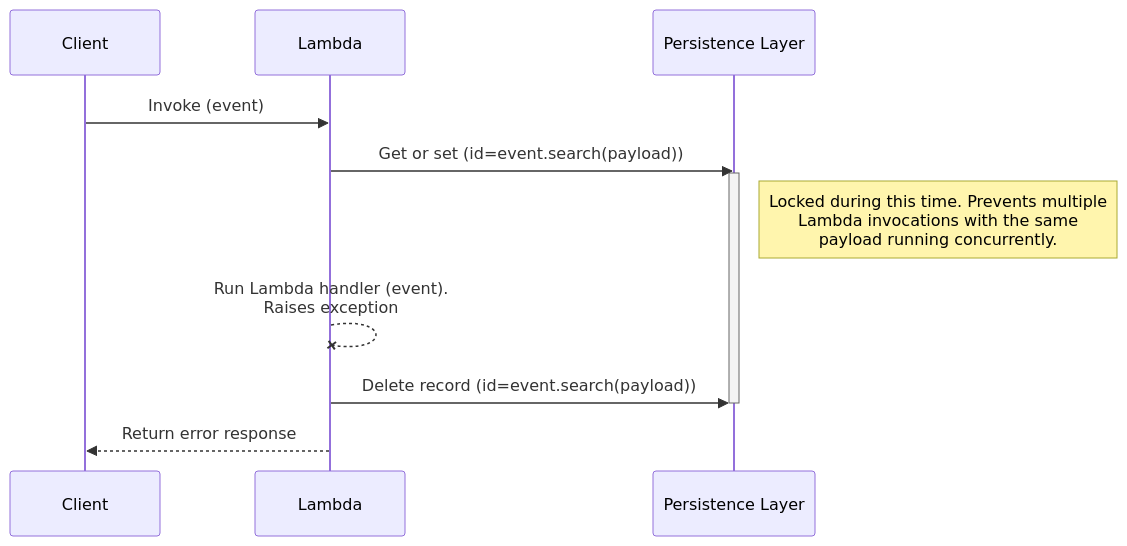
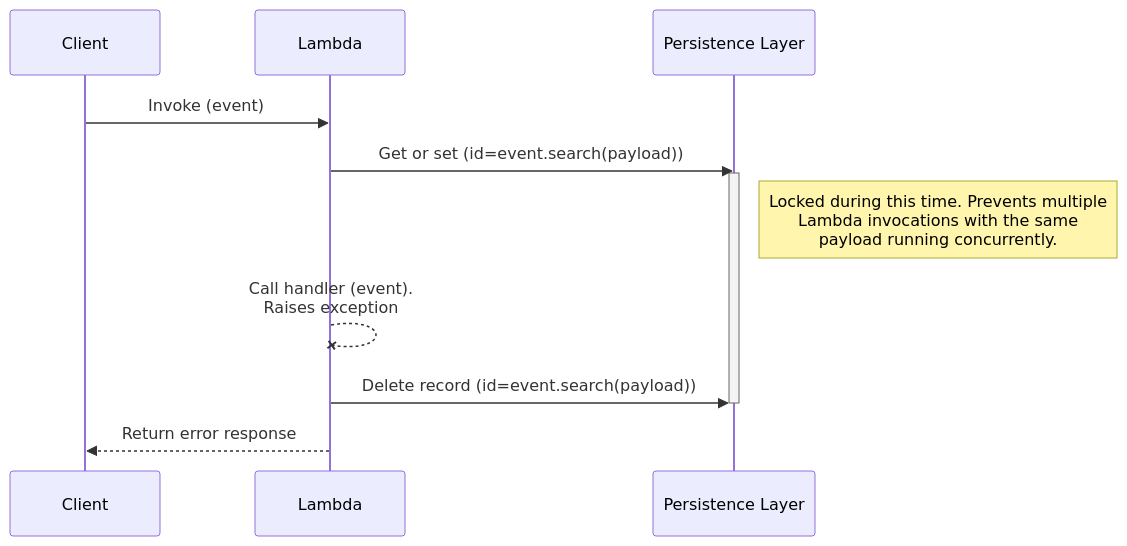
The third of 3 diagrams in docs/utilities/idempotency.md (aws-powertools/powertools-lambda-python), drawn with Mermaid before and after one commit. The commit also changed other lines of this file, not shown here.

Commit message:
docs(idempotency): shorten wording to fit new mermaid SVG

````diff
--- a/docs/utilities/idempotency.md
+++ b/docs/utilities/idempotency.md
@@ -474,14 +475,14 @@
 ```mermaid
 sequenceDiagram
     participant Client
     participant Lambda
     participant Persistence Layer
     Client->>Lambda: Invoke (event)
     Lambda->>Persistence Layer: Get or set (id=event.search(payload))
     activate Persistence Layer
     Note right of Persistence Layer: Locked during this time. Prevents multiple<br/>Lambda invocations with the same<br/>payload running concurrently.
-    Lambda--xLambda: Run Lambda handler (event).<br/>Raises exception
+    Lambda--xLambda: Call handler (event).<br/>Raises exception
     Lambda->>Persistence Layer: Delete record (id=event.search(payload))
     deactivate Persistence Layer
     Lambda-->>Client: Return error response
 ```
````
